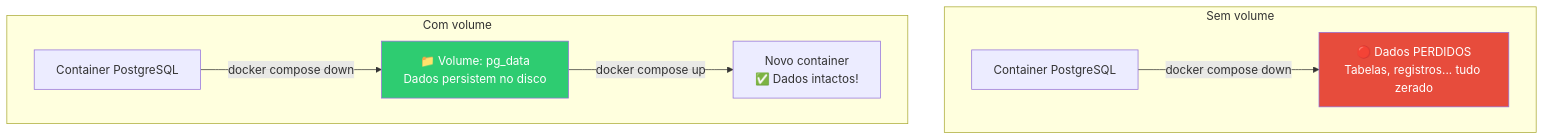
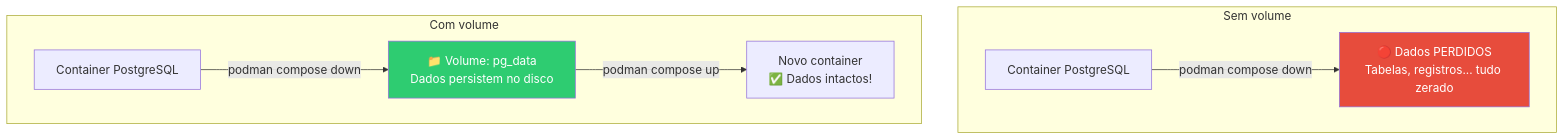
The third of 4 diagrams in dia-07/slide-04.md (deusemarjunior/trein-java-intermed), drawn with Mermaid before and after one commit. The commit also changed other lines of this file and 100 other files, not shown here.

Commit message:
removendo docker adicionando podman

````diff
--- a/dia-07/slide-04.md
+++ b/dia-07/slide-04.md
@@ -203,14 +203,14 @@
 ```mermaid
 graph TD
     subgraph "Sem volume"
-        C1["Container PostgreSQL"] -->|"docker compose down"| LOST["🔴 Dados PERDIDOS<br/>Tabelas, registros... tudo zerado"]
+        C1["Container PostgreSQL"] -->|"podman compose down"| LOST["🔴 Dados PERDIDOS<br/>Tabelas, registros... tudo zerado"]
     end
 
     subgraph "Com volume"
-        C2["Container PostgreSQL"] -->|"docker compose down"| V["📁 Volume: pg_data<br/>Dados persistem no disco"]
-        V -->|"docker compose up"| C3["Novo container<br/>✅ Dados intactos!"]
+        C2["Container PostgreSQL"] -->|"podman compose down"| V["📁 Volume: pg_data<br/>Dados persistem no disco"]
+        V -->|"podman compose up"| C3["Novo container<br/>✅ Dados intactos!"]
     end
 
     style LOST fill:#e74c3c,color:#fff
     style V fill:#2ecc71,color:#fff
 ```
````
